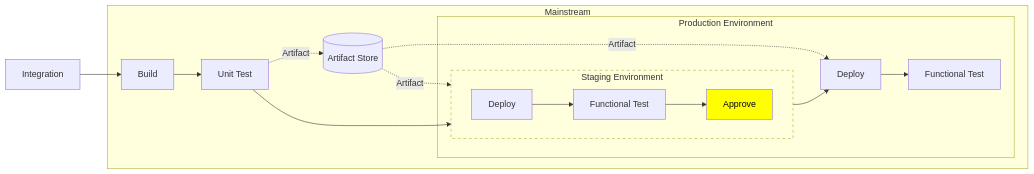
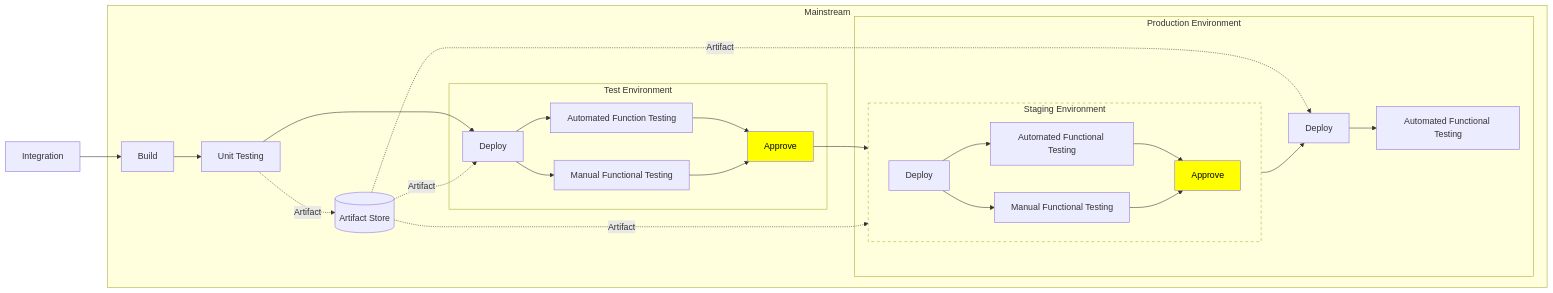
Before and after one commit to gyuwon/ArchitecturalRunwayGuidelines: diagram 27 of 27 in README.md, drawn with Mermaid. The commit also changed other lines of this file, not shown here.

````diff
--- a/README.md
+++ b/README.md
@@ -852,27 +858,38 @@
 ```mermaid
 flowchart LR
 
 i[Integration]-->pb[Build]
 
 as[(Artifact Store)]
 mut-.->|Artifact|as
 
 subgraph m[Mainstream]
-  pb-->mut[Unit Test]
-  mut-->sd[Deploy]
+  pb-->mut[Unit Testing]
+  mut-->td[Deploy]
+  subgraph t[Test Environment]
+    td[Deploy]-->taft[Automated Function Testing]
+    td-->tmft[Manual Functional Testing]
+    taft-->ta[Approve]
+    tmft-->ta
+  end
   subgraph p[Production Environment]
     subgraph s[Staging Environment]
       direction LR
-      sd-->sft[Functional Test]
-      sft-->sa[Approve]
+      ta-->sd[Deploy]
+      sd-->saft[Automated Functional Testing]
+      sd-->smft[Manual Functional Testing]
+      saft-->sa[Approve]
+      smft-->sa
     end
     sa-->pd[Deploy]
-    pd-->pt[Functional Test]
+    pd-->paft[Automated Functional Testing]
   end
+  as-.->|Artifact|td
+  as-.->|Artifact|sd
   as-.->|Artifact|pd
-  as-.->|Artifact|sd
 end
 
+style ta fill:#FF0,color:#000
 style sa fill:#FF0,color:#000
 style s stroke-dasharray: 5 5
 ```
````
